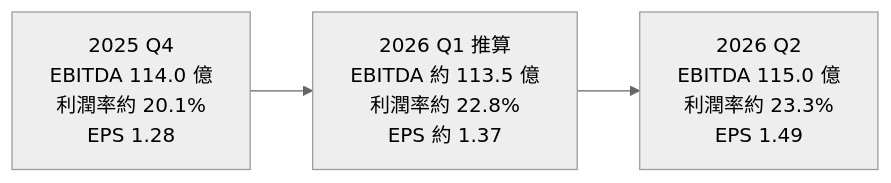
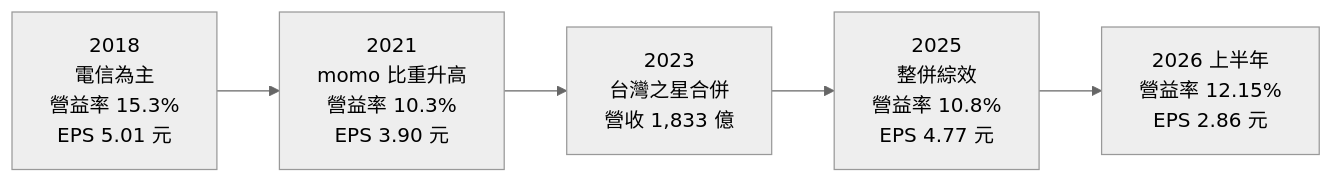
The second of 3 diagrams in 個股/台股/3045台灣大.md (wangnick1004/taiwan-stock-vault), drawn with Mermaid (neutral theme) before and after one commit. The commit also changed other lines of this file and 6 other files, not shown here.

````diff
--- a/個股/台股/3045台灣大.md
+++ b/個股/台股/3045台灣大.md
@@ -130,4 +137,4 @@
 ```mermaid
 flowchart LR
-    Q4["2025 Q4<br/>EBITDA 114.0 億<br/>利潤率約 20.1%<br/>EPS 1.28"] --> Q1["2026 Q1 推算<br/>EBITDA 約 113.5 億<br/>利潤率約 22.8%<br/>EPS 約 1.37"] --> Q2["2026 Q2<br/>EBITDA 115.0 億<br/>利潤率約 23.3%<br/>EPS 1.49"]
+    Y18["2018<br/>電信為主<br/>營益率 15.3%<br/>EPS 5.01 元"] --> Y21["2021<br/>momo 比重升高<br/>營益率 10.3%<br/>EPS 3.90 元"] --> Y23["2023<br/>台灣之星合併<br/>營收 1,833 億"] --> Y25["2025<br/>整併綜效<br/>營益率 10.8%<br/>EPS 4.77 元"] --> H26["2026 上半年<br/>營益率 12.15%<br/>EPS 2.86 元"]
 ```
````
